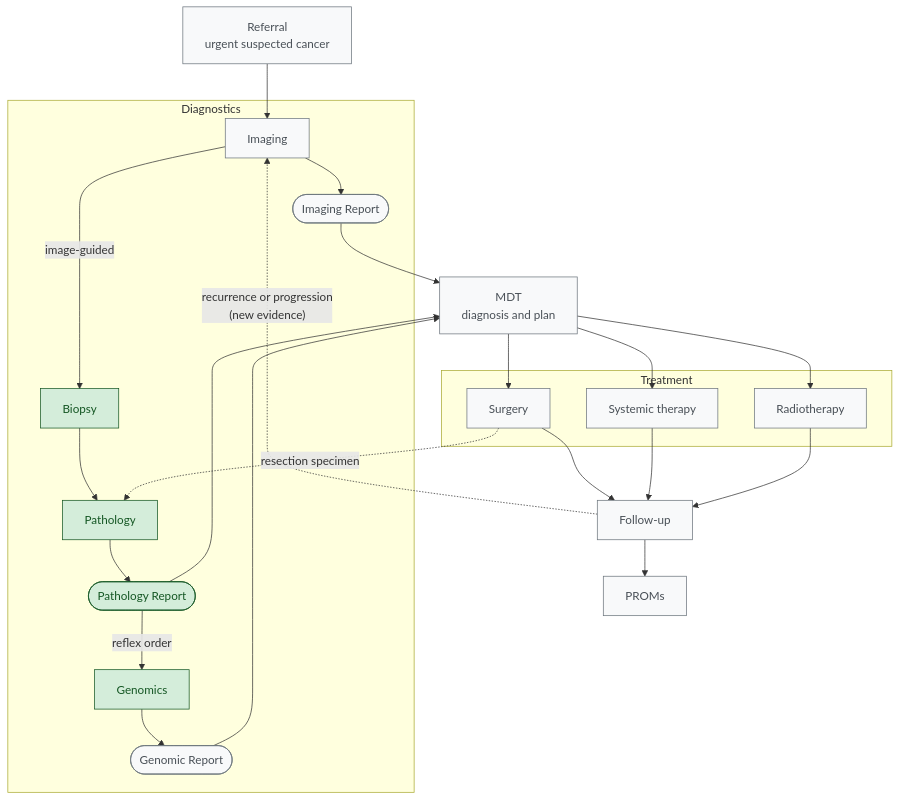
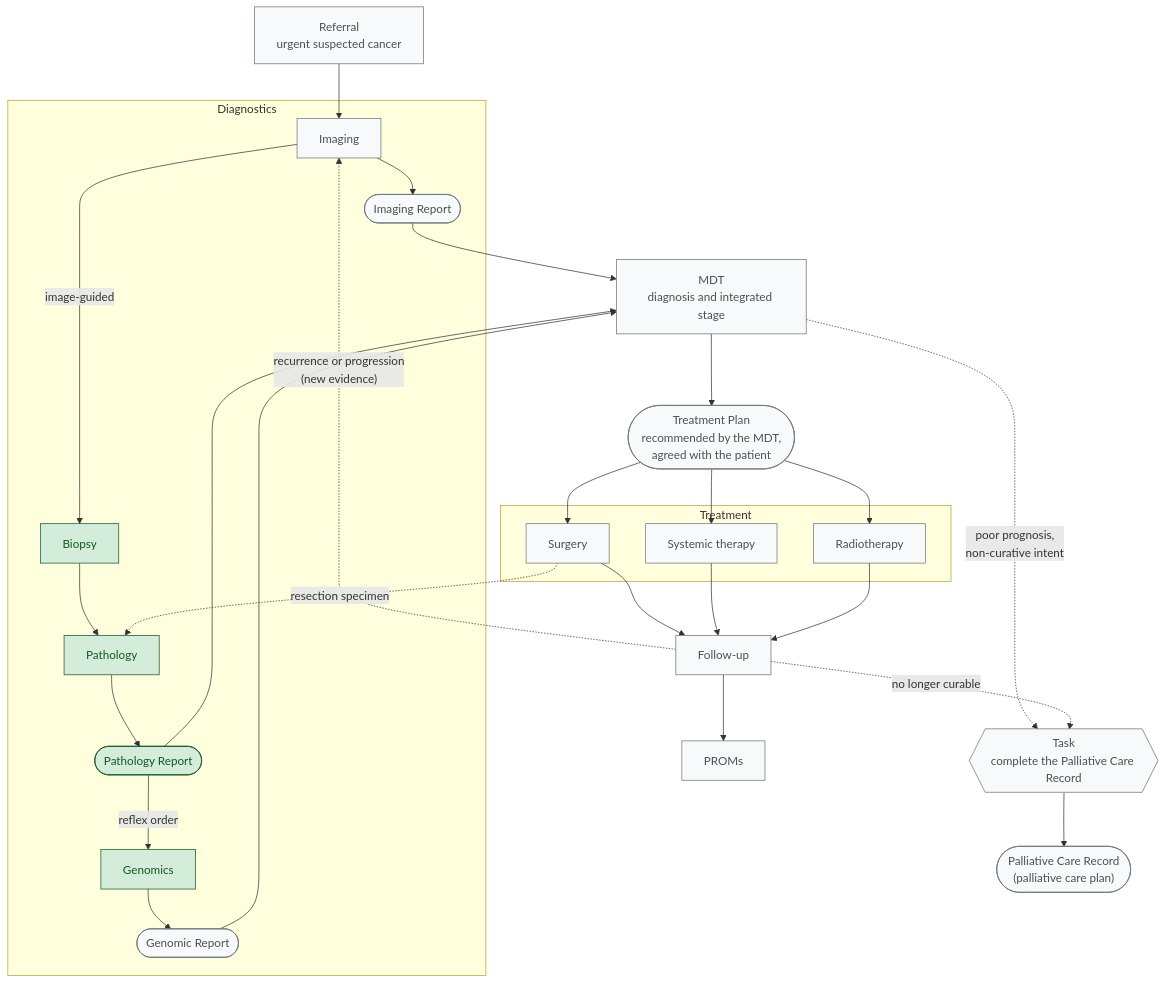
Before and after one commit to KevinMayfield/CancerPathologyReport: the first of 2 diagrams in input/pagecontent/CancerPathway.md, drawn with Mermaid. The commit also changed other lines of this file, not shown here.

Commit message:
Cancer Pathway: MDT recommends the treatment plan; palliative care Task on the overview

````diff
--- a/input/pagecontent/CancerPathway.md
+++ b/input/pagecontent/CancerPathway.md
@@ -23,42 +23,49 @@
 ```mermaid
 flowchart TB
     A["Referral<br/>urgent suspected cancer"]
 
     subgraph DIAG["Diagnostics"]
         B["Imaging"]
         C["Biopsy"]
         D["Pathology"]
         E["Genomics"]
         BR(["Imaging Report"])
         DR(["Pathology Report"])
         ER(["Genomic Report"])
     end
 
-    F["MDT<br/>diagnosis and plan"]
+    F["MDT<br/>diagnosis and integrated stage"]
+    FP(["Treatment Plan<br/>recommended by the MDT,<br/>agreed with the patient"])
 
     subgraph TX["Treatment"]
         G["Surgery"]
         H["Systemic therapy"]
         I["Radiotherapy"]
     end
 
     J["Follow-up"]
     K["PROMs"]
 
+    PT{{"Task<br/>complete the Palliative Care Record"}}
+    PC(["Palliative Care Record<br/>(palliative care plan)"])
+
     A --> B
     B --> BR
     B -->|"image-guided"| C
     C --> D --> DR
     DR -->|"reflex order"| E
     E --> ER
     BR & DR & ER --> F
-    F --> G & H & I
+    F --> FP --> G & H & I
     G -.->|"resection specimen"| D
     G & H & I --> J --> K
     J -.->|"recurrence or progression<br/>(new evidence)"| B
+    F -.->|"poor prognosis,<br/>non-curative intent"| PT
+    J -.->|"no longer curable"| PT
+    PT --> PC
 
     classDef inscope fill:#d4edda,stroke:#155724,color:#155724
     classDef context fill:#f8f9fa,stroke:#6c757d,color:#495057
     class C,D,DR,E inscope
-    class A,B,BR,ER,F,G,H,I,J,K context
+    class A,B,BR,ER,F,FP,G,H,I,J,K,PT,PC context
 ```
````
